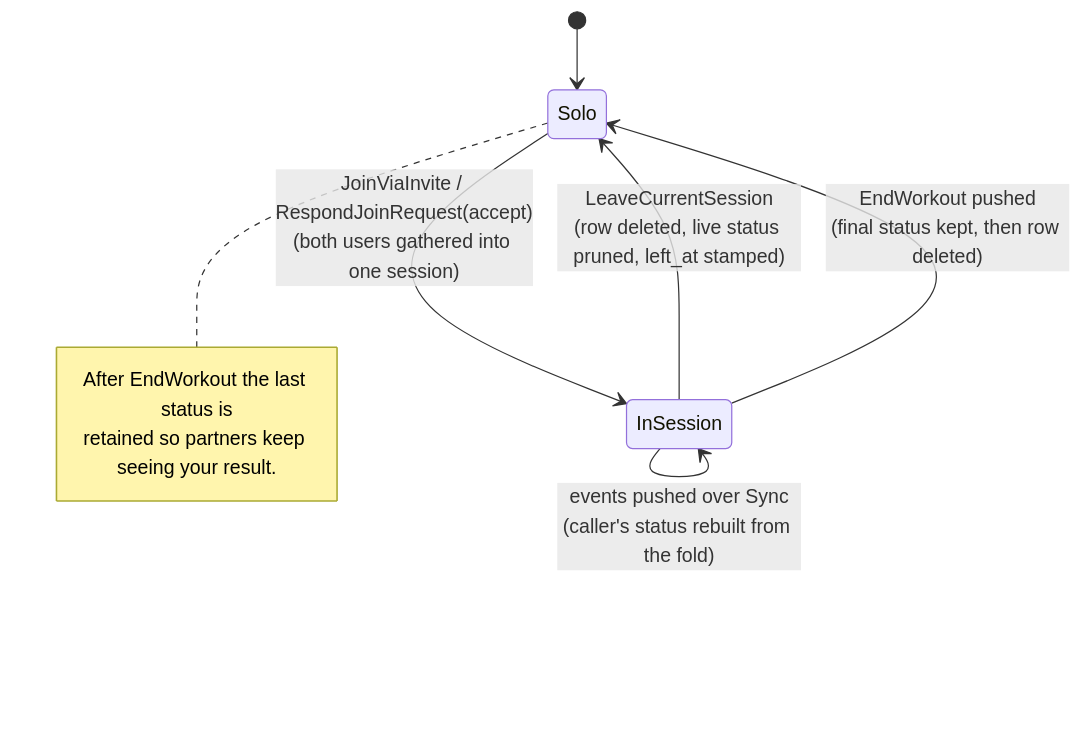
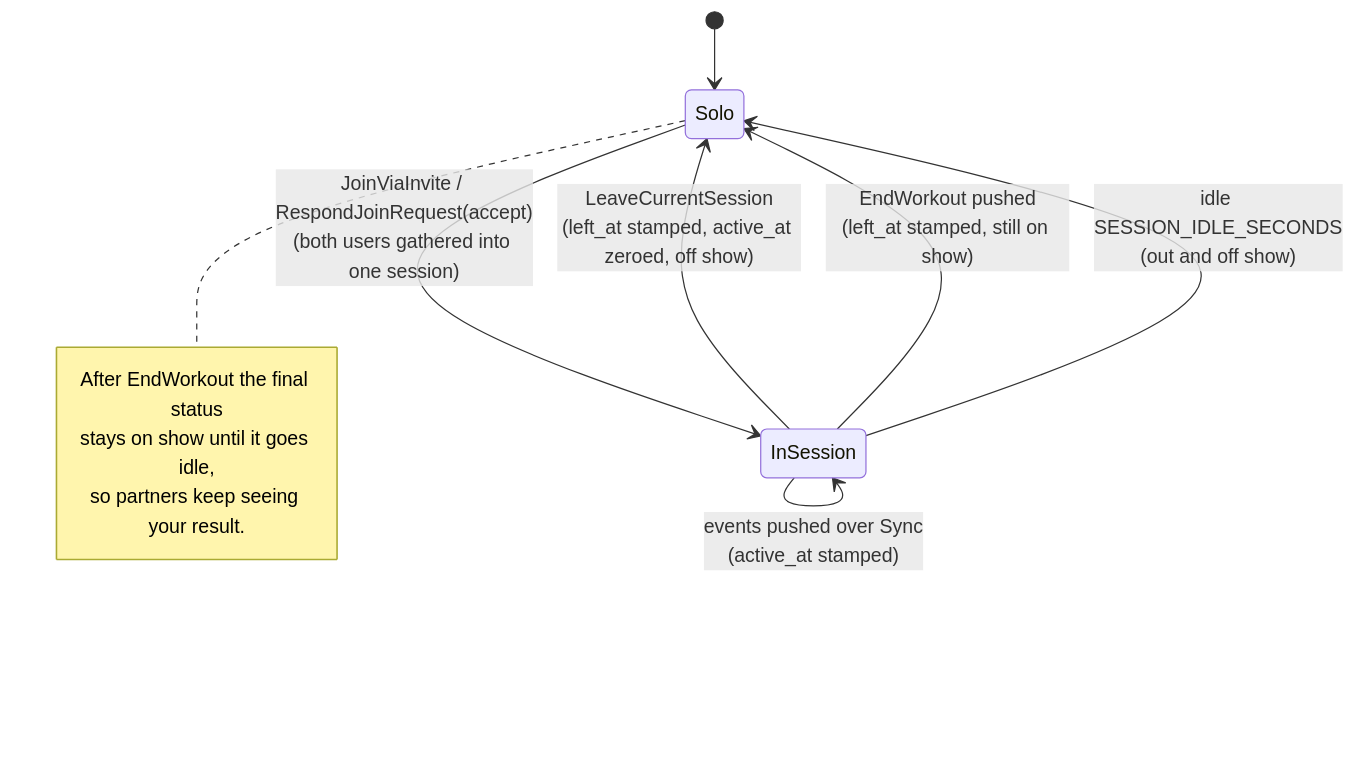
Before and after one commit to brensch/lift: the second of 4 diagrams in docs/architecture/multiplayer.md, drawn with Mermaid. The commit also changed other lines of this file and 32 other files, not shown here.

````diff
--- a/docs/architecture/multiplayer.md
+++ b/docs/architecture/multiplayer.md
@@ -32,12 +38,14 @@
 ```mermaid
 stateDiagram-v2
     [*] --> Solo
     Solo --> InSession: JoinViaInvite / RespondJoinRequest(accept)<br/>(both users gathered into one session)
-    InSession --> InSession: events pushed over Sync<br/>(caller's status rebuilt from the fold)
-    InSession --> Solo: LeaveCurrentSession<br/>(row deleted, live status pruned, left_at stamped)
-    InSession --> Solo: EndWorkout pushed<br/>(final status kept, then row deleted)
+    InSession --> InSession: events pushed over Sync<br/>(active_at stamped)
+    InSession --> Solo: LeaveCurrentSession<br/>(left_at stamped, active_at zeroed, off show)
+    InSession --> Solo: EndWorkout pushed<br/>(left_at stamped, still on show)
+    InSession --> Solo: idle SESSION_IDLE_SECONDS<br/>(out and off show)
     note right of Solo
-        After EndWorkout the last status is
-        retained so partners keep seeing your result.
+        After EndWorkout the final status
+        stays on show until it goes idle,
+        so partners keep seeing your result.
     end note
 ```
````
